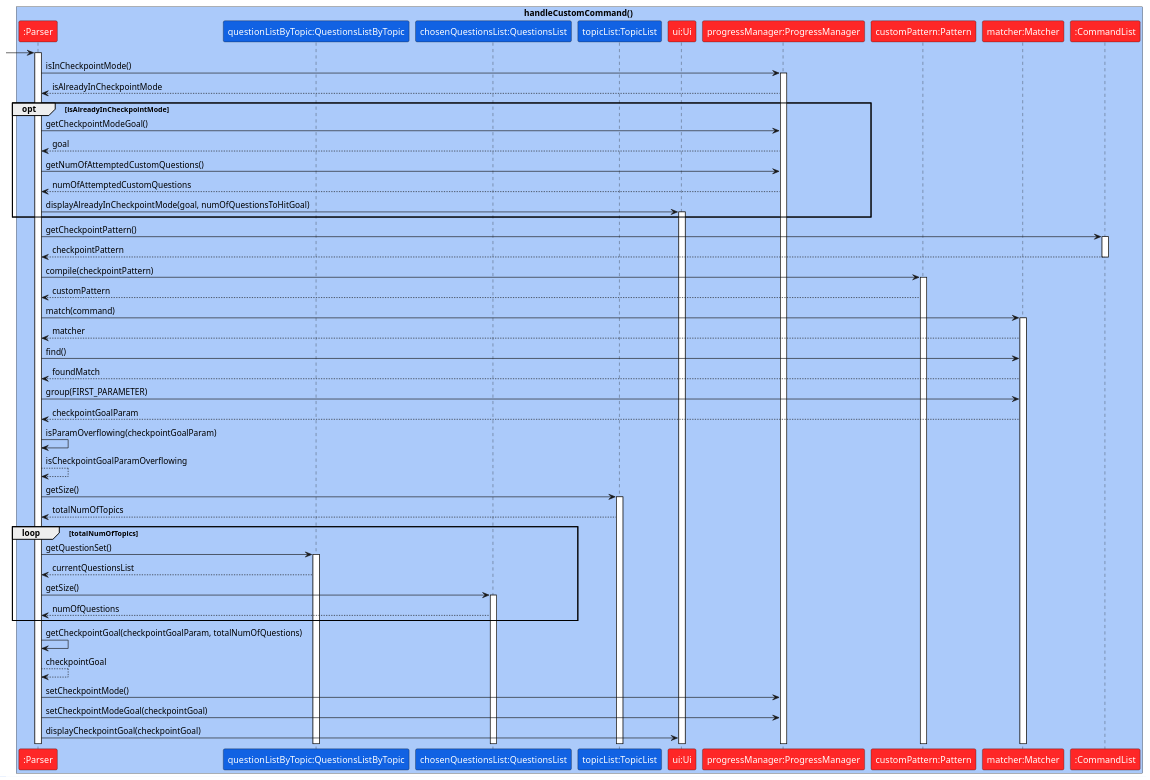
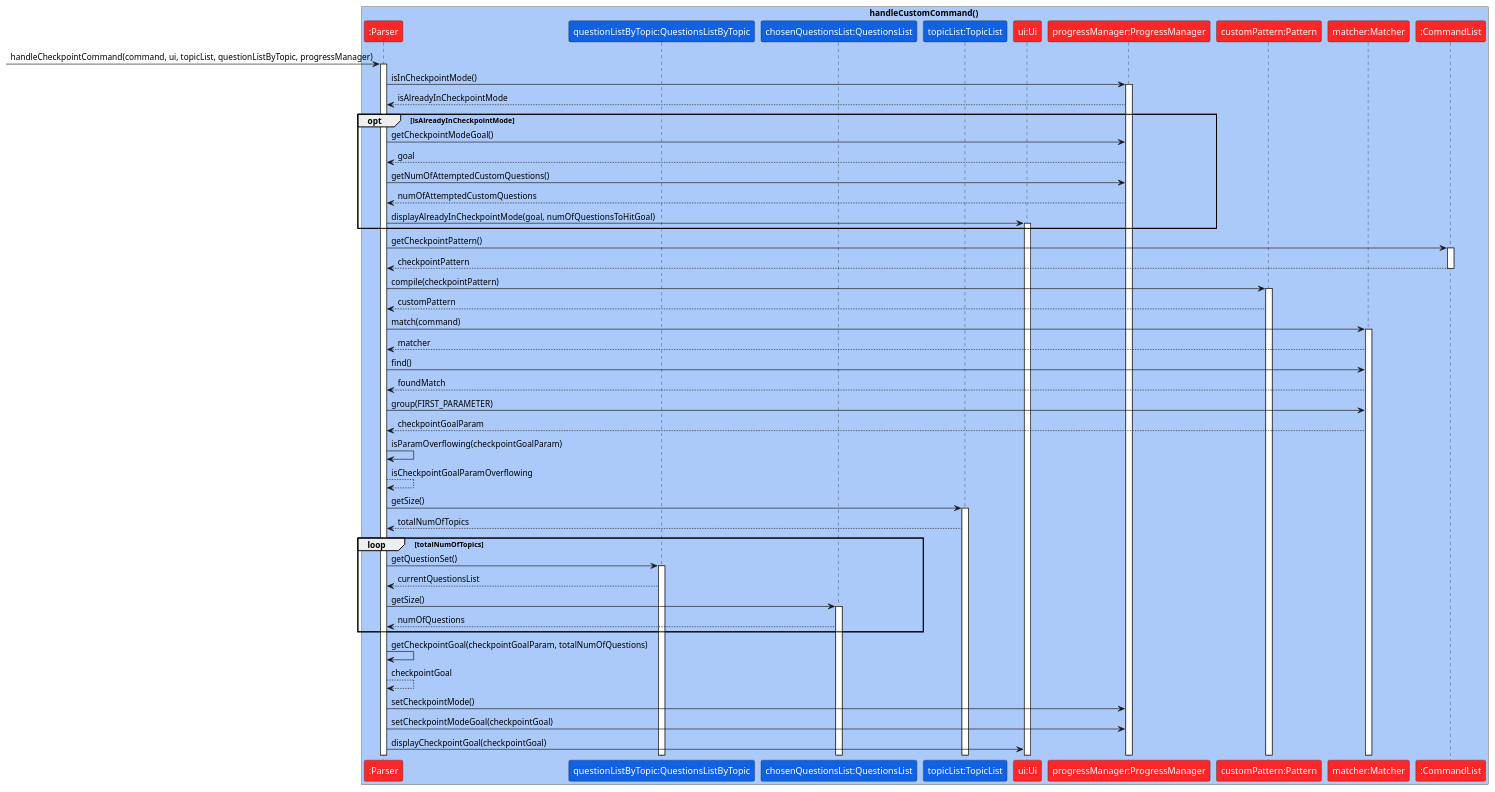
One commit to yuhengr/tp changed the diagram in docs/diagrams/Checkpoint.puml. Above: the diagram before and after it, drawn with PlantUML. The commit also changed 2 other files, not shown here.

```diff
--- a/docs/diagrams/Checkpoint.puml
+++ b/docs/diagrams/Checkpoint.puml
@@ -1,74 +1,74 @@
 @startuml
 skinparam ParticipantFontColor #FFFFFF
 
 box handleCustomCommand() #ABCAFA
 participant ":Parser" as Parser #FE2727
 participant "questionListByTopic:QuestionsListByTopic" as QuestionsListByTopic #1162E3
 participant "chosenQuestionsList:QuestionsList" as QuestionsList #1162E3
 participant "topicList:TopicList" as TopicList #1162E3
 participant "ui:Ui" as Ui #FE2727
 participant "progressManager:ProgressManager" as ProgressManager #FE2727
 participant "customPattern:Pattern" as Pattern #FE2727
 participant "matcher:Matcher" as Matcher #FE2727
 participant ":CommandList" as CommandList #FE2727
 end box
 
--> Parser
+-> Parser : handleCheckpointCommand(command, ui, topicList, questionListByTopic, progressManager)
 activate Parser
 
 Parser -> ProgressManager : isInCheckpointMode()
 activate ProgressManager
 ProgressManager --> Parser : isAlreadyInCheckpointMode
 
 opt isAlreadyInCheckpointMode
     Parser -> ProgressManager : getCheckpointModeGoal()
     ProgressManager --> Parser : goal
     Parser -> ProgressManager : getNumOfAttemptedCustomQuestions()
     ProgressManager --> Parser : numOfAttemptedCustomQuestions
     Parser -> Ui : displayAlreadyInCheckpointMode(goal, numOfQuestionsToHitGoal)
     activate Ui
 end
 
 Parser -> CommandList : getCheckpointPattern()
 activate CommandList
 CommandList --> Parser : checkpointPattern
 deactivate CommandList
 
 Parser -> Pattern : compile(checkpointPattern)
 activate Pattern
 Pattern --> Parser : customPattern
 
 Parser -> Matcher : match(command)
 activate Matcher
 Matcher --> Parser : matcher
 
 Parser -> Matcher : find()
 Matcher --> Parser : foundMatch
 
 Parser -> Matcher : group(FIRST_PARAMETER)
 Matcher --> Parser : checkpointGoalParam
 
 Parser -> Parser : isParamOverflowing(checkpointGoalParam)
 Parser --> Parser : isCheckpointGoalParamOverflowing
 
 Parser -> TopicList : getSize()
 activate TopicList
 TopicList --> Parser : totalNumOfTopics
 
 loop totalNumOfTopics
     Parser -> QuestionsListByTopic : getQuestionSet()
     activate QuestionsListByTopic
     QuestionsListByTopic --> Parser : currentQuestionsList
     Parser -> QuestionsList : getSize()
     activate QuestionsList
     QuestionsList --> Parser : numOfQuestions
 end
 
 Parser -> Parser : getCheckpointGoal(checkpointGoalParam, totalNumOfQuestions)
 Parser --> Parser : checkpointGoal
 
 Parser -> ProgressManager : setCheckpointMode()
 Parser -> ProgressManager : setCheckpointModeGoal(checkpointGoal)
 Parser -> Ui : displayCheckpointGoal(checkpointGoal)
 
 @enduml
```
